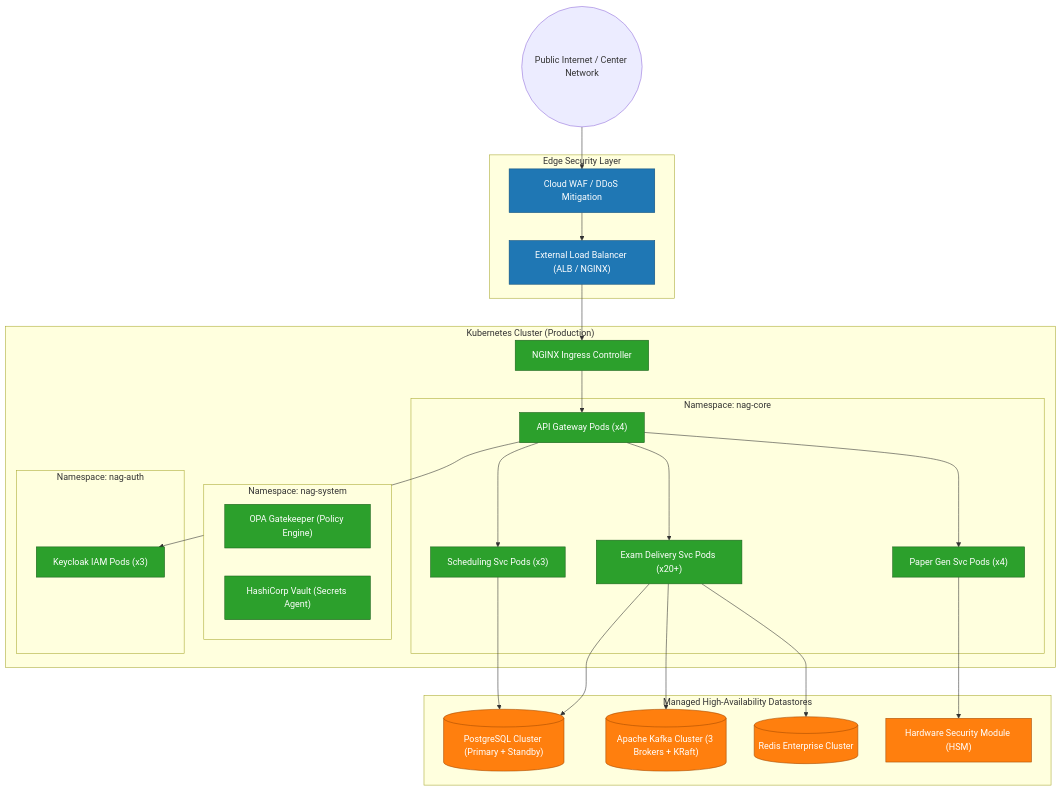
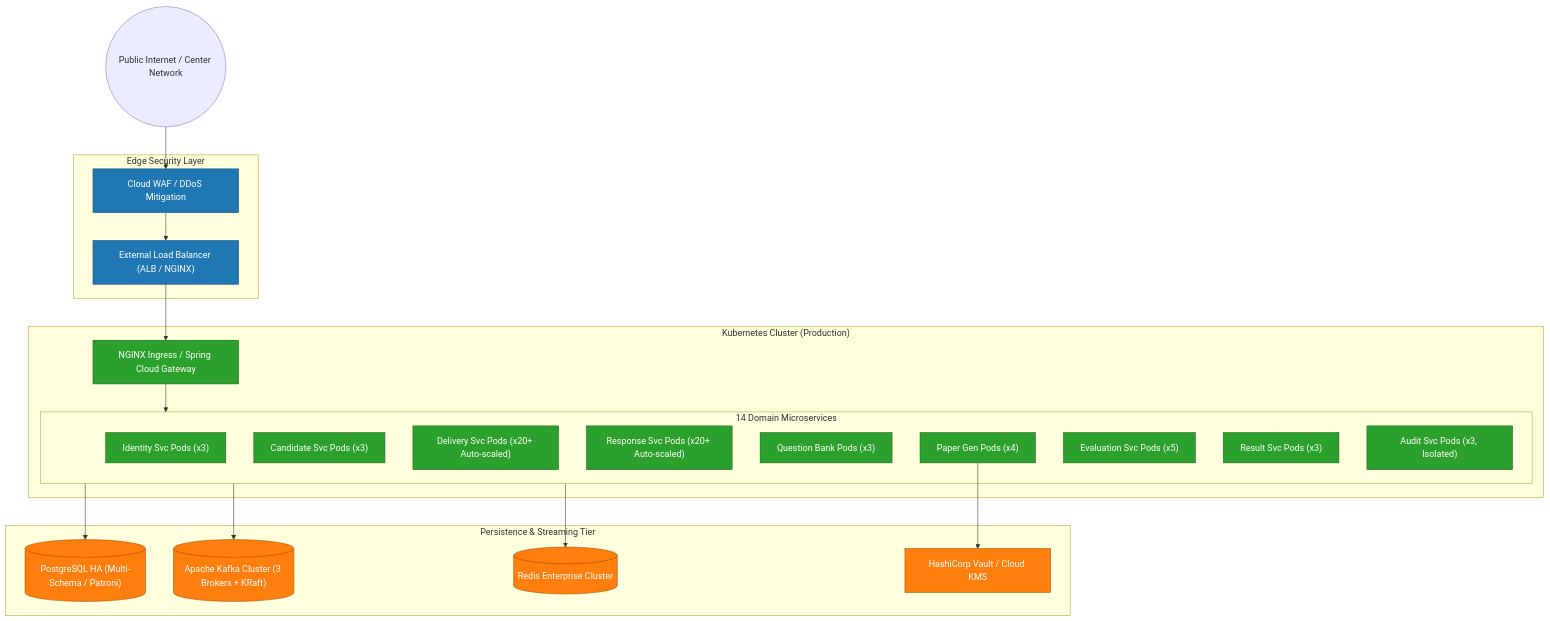
The first of 3 diagrams in docs/architecture/deployment.md (natassgrid/nag), drawn with Mermaid before and after one commit. The commit also changed other lines of this file and 7 other files, not shown here.

````diff
--- a/docs/architecture/deployment.md
+++ b/docs/architecture/deployment.md
@@ -11,56 +19,43 @@
 ```mermaid
 graph TB
     classDef edge fill:#1F77B4,color:#fff,stroke:#0E4D7B;
     classDef k8s fill:#2CA02C,color:#fff,stroke:#1A601A;
     classDef db fill:#FF7F0E,color:#fff,stroke:#A64B00;
 
     Internet(("Public Internet / Center Network"))
 
     subgraph EdgeLayer ["Edge Security Layer"]
         CloudWAF["Cloud WAF / DDoS Mitigation"]:::edge
         LoadBalancer["External Load Balancer (ALB / NGINX)"]:::edge
     end
 
     subgraph K8sCluster ["Kubernetes Cluster (Production)"]
-        Ingress["NGINX Ingress Controller"]:::k8s
+        Ingress["NGINX Ingress / Spring Cloud Gateway"]:::k8s
 
-        subgraph SystemNamespace ["Namespace: nag-system"]
-            Gatekeeper["OPA Gatekeeper (Policy Engine)"]:::k8s
-            Vault["HashiCorp Vault (Secrets Agent)"]:::k8s
-        end
-
-        subgraph CoreNamespace ["Namespace: nag-core"]
-            GatewayPods["API Gateway Pods (x4)"]:::k8s
-            SchedulePods["Scheduling Svc Pods (x3)"]:::k8s
-            PaperPods["Paper Gen Svc Pods (x4)"]:::k8s
-            DeliveryPods["Exam Delivery Svc Pods (x20+)"]:::k8s
-        end
-
-        subgraph AuthNamespace ["Namespace: nag-auth"]
-            KeycloakPods["Keycloak IAM Pods (x3)"]:::k8s
+        subgraph CoreMicroservices ["14 Domain Microservices"]
+            IdentityPod["Identity Svc Pods (x3)"]:::k8s
+            CandidatePod["Candidate Svc Pods (x3)"]:::k8s
+            DeliveryPods["Delivery Svc Pods (x20+ Auto-scaled)"]:::k8s
+            ResponsePods["Response Svc Pods (x20+ Auto-scaled)"]:::k8s
+            QuestionPod["Question Bank Pods (x3)"]:::k8s
+            PaperPod["Paper Gen Pods (x4)"]:::k8s
+            EvalPod["Evaluation Svc Pods (x5)"]:::k8s
+            ResultPod["Result Svc Pods (x3)"]:::k8s
+            AuditPod["Audit Svc Pods (x3, Isolated)"]:::k8s
         end
     end
 
-    subgraph PersistenceLayer ["Managed High-Availability Datastores"]
-        PostgreSQL_HA[("PostgreSQL Cluster (Primary + Standby)")]:::db
+    subgraph Datastores ["Persistence & Streaming Tier"]
+        PostgreSQL_HA[("PostgreSQL HA (Multi-Schema / Patroni)")]:::db
         Kafka_HA[("Apache Kafka Cluster (3 Brokers + KRaft)")]:::db
         Redis_Cluster[("Redis Enterprise Cluster")]:::db
-        KMS_HSM["Hardware Security Module (HSM)"]:::db
+        Vault_KMS["HashiCorp Vault / Cloud KMS"]:::db
     end
 
-    Internet --> CloudWAF
-    CloudWAF --> LoadBalancer
-    LoadBalancer --> Ingress
-    Ingress --> GatewayPods
-
-    GatewayPods --> KeycloakPods
-    GatewayPods --> SchedulePods
-    GatewayPods --> PaperPods
-    GatewayPods --> DeliveryPods
-
-    SchedulePods --> PostgreSQL_HA
-    DeliveryPods --> PostgreSQL_HA
-    DeliveryPods --> Redis_Cluster
-    DeliveryPods --> Kafka_HA
-    PaperPods --> KMS_HSM
+    Internet --> CloudWAF --> LoadBalancer --> Ingress
+    Ingress --> CoreMicroservices
+    CoreMicroservices --> PostgreSQL_HA
+    CoreMicroservices --> Redis_Cluster
+    CoreMicroservices --> Kafka_HA
+    PaperPod --> Vault_KMS
 ```
````
